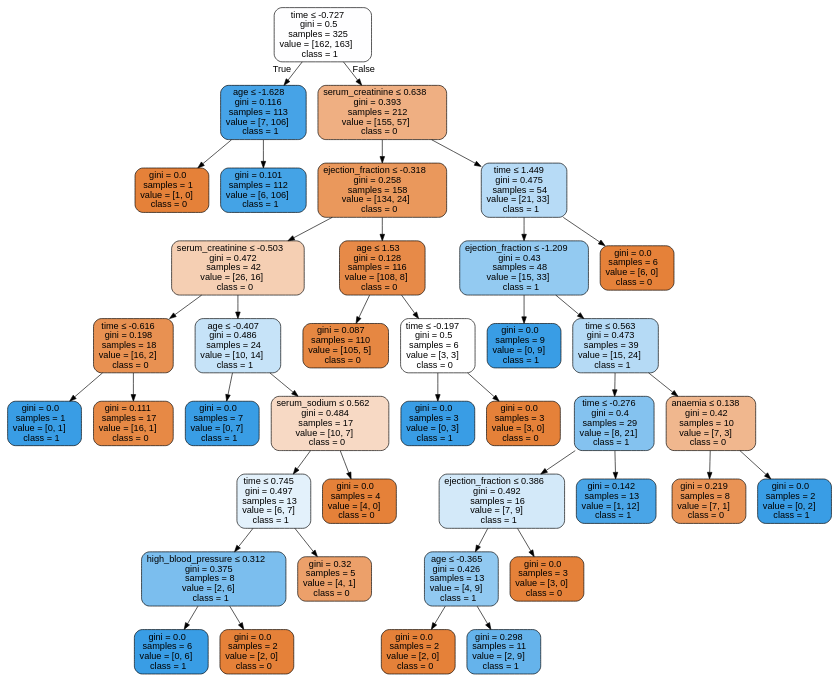
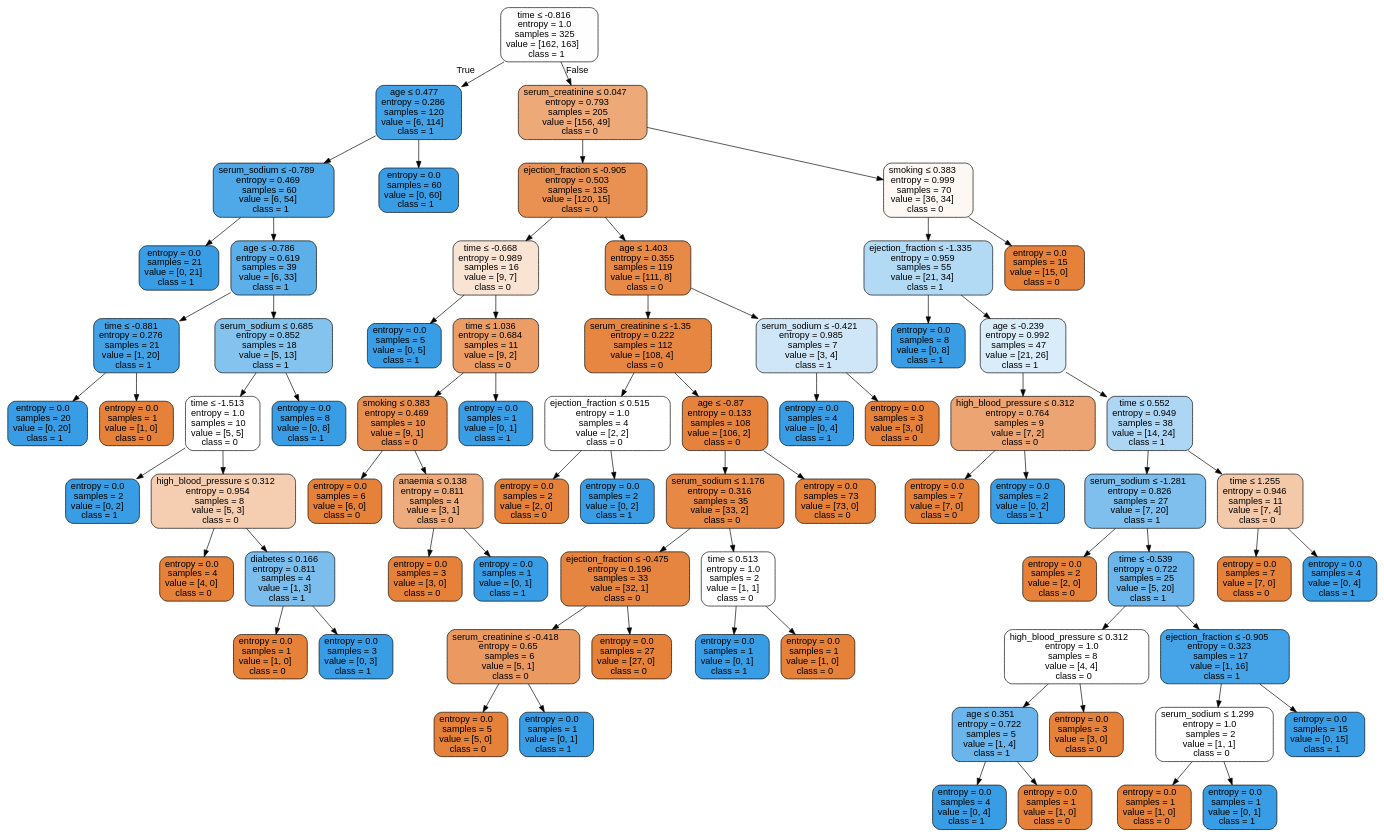
The diagram in Labs/Results/DecisionTrees/FeatureEng/SMOTE/HFCR - SMOTE - dtree.dot (isabelSoares/CD-2021), drawn with Graphviz before and after one commit. The commit also changed 43 other files, not shown here.

```diff
--- a/Labs/Results/DecisionTrees/FeatureEng/SMOTE/HFCR - SMOTE - dtree.dot
+++ b/Labs/Results/DecisionTrees/FeatureEng/SMOTE/HFCR - SMOTE - dtree.dot
@@ -1,81 +1,149 @@
 digraph Tree {
 node [shape=box, style="filled, rounded", color="black", fontname=helvetica] ;
 edge [fontname=helvetica] ;
-0 [label=<time &le; -0.727<br/>gini = 0.5<br/>samples = 325<br/>value = [162, 163]<br/>class = 1>, fillcolor="#fefeff"] ;
-1 [label=<age &le; -1.628<br/>gini = 0.116<br/>samples = 113<br/>value = [7, 106]<br/>class = 1>, fillcolor="#46a3e7"] ;
+0 [label=<time &le; -0.816<br/>entropy = 1.0<br/>samples = 325<br/>value = [162, 163]<br/>class = 1>, fillcolor="#fefeff"] ;
+1 [label=<age &le; 0.477<br/>entropy = 0.286<br/>samples = 120<br/>value = [6, 114]<br/>class = 1>, fillcolor="#43a2e6"] ;
 0 -> 1 [labeldistance=2.5, labelangle=45, headlabel="True"] ;
-2 [label=<gini = 0.0<br/>samples = 1<br/>value = [1, 0]<br/>class = 0>, fillcolor="#e58139"] ;
+2 [label=<serum_sodium &le; -0.789<br/>entropy = 0.469<br/>samples = 60<br/>value = [6, 54]<br/>class = 1>, fillcolor="#4fa8e8"] ;
 1 -> 2 ;
-3 [label=<gini = 0.101<br/>samples = 112<br/>value = [6, 106]<br/>class = 1>, fillcolor="#44a3e6"] ;
-1 -> 3 ;
-4 [label=<serum_creatinine &le; 0.638<br/>gini = 0.393<br/>samples = 212<br/>value = [155, 57]<br/>class = 0>, fillcolor="#efaf82"] ;
-0 -> 4 [labeldistance=2.5, labelangle=-45, headlabel="False"] ;
-5 [label=<ejection_fraction &le; -0.318<br/>gini = 0.258<br/>samples = 158<br/>value = [134, 24]<br/>class = 0>, fillcolor="#ea985c"] ;
+3 [label=<entropy = 0.0<br/>samples = 21<br/>value = [0, 21]<br/>class = 1>, fillcolor="#399de5"] ;
+2 -> 3 ;
+4 [label=<age &le; -0.786<br/>entropy = 0.619<br/>samples = 39<br/>value = [6, 33]<br/>class = 1>, fillcolor="#5dafea"] ;
+2 -> 4 ;
+5 [label=<time &le; -0.881<br/>entropy = 0.276<br/>samples = 21<br/>value = [1, 20]<br/>class = 1>, fillcolor="#43a2e6"] ;
 4 -> 5 ;
-6 [label=<serum_creatinine &le; -0.503<br/>gini = 0.472<br/>samples = 42<br/>value = [26, 16]<br/>class = 0>, fillcolor="#f5cfb3"] ;
+6 [label=<entropy = 0.0<br/>samples = 20<br/>value = [0, 20]<br/>class = 1>, fillcolor="#399de5"] ;
 5 -> 6 ;
-7 [label=<time &le; -0.616<br/>gini = 0.198<br/>samples = 18<br/>value = [16, 2]<br/>class = 0>, fillcolor="#e89152"] ;
-6 -> 7 ;
-8 [label=<gini = 0.0<br/>samples = 1<br/>value = [0, 1]<br/>class = 1>, fillcolor="#399de5"] ;
-7 -> 8 ;
-9 [label=<gini = 0.111<br/>samples = 17<br/>value = [16, 1]<br/>class = 0>, fillcolor="#e78945"] ;
-7 -> 9 ;
-10 [label=<age &le; -0.407<br/>gini = 0.486<br/>samples = 24<br/>value = [10, 14]<br/>class = 1>, fillcolor="#c6e3f8"] ;
-6 -> 10 ;
-11 [label=<gini = 0.0<br/>samples = 7<br/>value = [0, 7]<br/>class = 1>, fillcolor="#399de5"] ;
-10 -> 11 ;
-12 [label=<serum_sodium &le; 0.562<br/>gini = 0.484<br/>samples = 17<br/>value = [10, 7]<br/>class = 0>, fillcolor="#f7d9c4"] ;
-10 -> 12 ;
-13 [label=<time &le; 0.745<br/>gini = 0.497<br/>samples = 13<br/>value = [6, 7]<br/>class = 1>, fillcolor="#e3f1fb"] ;
-12 -> 13 ;
-14 [label=<high_blood_pressure &le; 0.312<br/>gini = 0.375<br/>samples = 8<br/>value = [2, 6]<br/>class = 1>, fillcolor="#7bbeee"] ;
+7 [label=<entropy = 0.0<br/>samples = 1<br/>value = [1, 0]<br/>class = 0>, fillcolor="#e58139"] ;
+5 -> 7 ;
+8 [label=<serum_sodium &le; 0.685<br/>entropy = 0.852<br/>samples = 18<br/>value = [5, 13]<br/>class = 1>, fillcolor="#85c3ef"] ;
+4 -> 8 ;
+9 [label=<time &le; -1.513<br/>entropy = 1.0<br/>samples = 10<br/>value = [5, 5]<br/>class = 0>, fillcolor="#ffffff"] ;
+8 -> 9 ;
+10 [label=<entropy = 0.0<br/>samples = 2<br/>value = [0, 2]<br/>class = 1>, fillcolor="#399de5"] ;
+9 -> 10 ;
+11 [label=<high_blood_pressure &le; 0.312<br/>entropy = 0.954<br/>samples = 8<br/>value = [5, 3]<br/>class = 0>, fillcolor="#f5cdb0"] ;
+9 -> 11 ;
+12 [label=<entropy = 0.0<br/>samples = 4<br/>value = [4, 0]<br/>class = 0>, fillcolor="#e58139"] ;
+11 -> 12 ;
+13 [label=<diabetes &le; 0.166<br/>entropy = 0.811<br/>samples = 4<br/>value = [1, 3]<br/>class = 1>, fillcolor="#7bbeee"] ;
+11 -> 13 ;
+14 [label=<entropy = 0.0<br/>samples = 1<br/>value = [1, 0]<br/>class = 0>, fillcolor="#e58139"] ;
 13 -> 14 ;
-15 [label=<gini = 0.0<br/>samples = 6<br/>value = [0, 6]<br/>class = 1>, fillcolor="#399de5"] ;
-14 -> 15 ;
-16 [label=<gini = 0.0<br/>samples = 2<br/>value = [2, 0]<br/>class = 0>, fillcolor="#e58139"] ;
-14 -> 16 ;
-17 [label=<gini = 0.32<br/>samples = 5<br/>value = [4, 1]<br/>class = 0>, fillcolor="#eca06a"] ;
-13 -> 17 ;
-18 [label=<gini = 0.0<br/>samples = 4<br/>value = [4, 0]<br/>class = 0>, fillcolor="#e58139"] ;
-12 -> 18 ;
-19 [label=<age &le; 1.53<br/>gini = 0.128<br/>samples = 116<br/>value = [108, 8]<br/>class = 0>, fillcolor="#e78a48"] ;
-5 -> 19 ;
-20 [label=<gini = 0.087<br/>samples = 110<br/>value = [105, 5]<br/>class = 0>, fillcolor="#e68742"] ;
+15 [label=<entropy = 0.0<br/>samples = 3<br/>value = [0, 3]<br/>class = 1>, fillcolor="#399de5"] ;
+13 -> 15 ;
+16 [label=<entropy = 0.0<br/>samples = 8<br/>value = [0, 8]<br/>class = 1>, fillcolor="#399de5"] ;
+8 -> 16 ;
+17 [label=<entropy = 0.0<br/>samples = 60<br/>value = [0, 60]<br/>class = 1>, fillcolor="#399de5"] ;
+1 -> 17 ;
+18 [label=<serum_creatinine &le; 0.047<br/>entropy = 0.793<br/>samples = 205<br/>value = [156, 49]<br/>class = 0>, fillcolor="#eda977"] ;
+0 -> 18 [labeldistance=2.5, labelangle=-45, headlabel="False"] ;
+19 [label=<ejection_fraction &le; -0.905<br/>entropy = 0.503<br/>samples = 135<br/>value = [120, 15]<br/>class = 0>, fillcolor="#e89152"] ;
+18 -> 19 ;
+20 [label=<time &le; -0.668<br/>entropy = 0.989<br/>samples = 16<br/>value = [9, 7]<br/>class = 0>, fillcolor="#f9e3d3"] ;
 19 -> 20 ;
-21 [label=<time &le; -0.197<br/>gini = 0.5<br/>samples = 6<br/>value = [3, 3]<br/>class = 0>, fillcolor="#ffffff"] ;
-19 -> 21 ;
-22 [label=<gini = 0.0<br/>samples = 3<br/>value = [0, 3]<br/>class = 1>, fillcolor="#399de5"] ;
-21 -> 22 ;
-23 [label=<gini = 0.0<br/>samples = 3<br/>value = [3, 0]<br/>class = 0>, fillcolor="#e58139"] ;
-21 -> 23 ;
-24 [label=<time &le; 1.449<br/>gini = 0.475<br/>samples = 54<br/>value = [21, 33]<br/>class = 1>, fillcolor="#b7dbf6"] ;
-4 -> 24 ;
-25 [label=<ejection_fraction &le; -1.209<br/>gini = 0.43<br/>samples = 48<br/>value = [15, 33]<br/>class = 1>, fillcolor="#93caf1"] ;
-24 -> 25 ;
-26 [label=<gini = 0.0<br/>samples = 9<br/>value = [0, 9]<br/>class = 1>, fillcolor="#399de5"] ;
+21 [label=<entropy = 0.0<br/>samples = 5<br/>value = [0, 5]<br/>class = 1>, fillcolor="#399de5"] ;
+20 -> 21 ;
+22 [label=<time &le; 1.036<br/>entropy = 0.684<br/>samples = 11<br/>value = [9, 2]<br/>class = 0>, fillcolor="#eb9d65"] ;
+20 -> 22 ;
+23 [label=<smoking &le; 0.383<br/>entropy = 0.469<br/>samples = 10<br/>value = [9, 1]<br/>class = 0>, fillcolor="#e88f4f"] ;
+22 -> 23 ;
+24 [label=<entropy = 0.0<br/>samples = 6<br/>value = [6, 0]<br/>class = 0>, fillcolor="#e58139"] ;
+23 -> 24 ;
+25 [label=<anaemia &le; 0.138<br/>entropy = 0.811<br/>samples = 4<br/>value = [3, 1]<br/>class = 0>, fillcolor="#eeab7b"] ;
+23 -> 25 ;
+26 [label=<entropy = 0.0<br/>samples = 3<br/>value = [3, 0]<br/>class = 0>, fillcolor="#e58139"] ;
 25 -> 26 ;
-27 [label=<time &le; 0.563<br/>gini = 0.473<br/>samples = 39<br/>value = [15, 24]<br/>class = 1>, fillcolor="#b5daf5"] ;
+27 [label=<entropy = 0.0<br/>samples = 1<br/>value = [0, 1]<br/>class = 1>, fillcolor="#399de5"] ;
 25 -> 27 ;
-28 [label=<time &le; -0.276<br/>gini = 0.4<br/>samples = 29<br/>value = [8, 21]<br/>class = 1>, fillcolor="#84c2ef"] ;
-27 -> 28 ;
-29 [label=<ejection_fraction &le; 0.386<br/>gini = 0.492<br/>samples = 16<br/>value = [7, 9]<br/>class = 1>, fillcolor="#d3e9f9"] ;
-28 -> 29 ;
-30 [label=<age &le; -0.365<br/>gini = 0.426<br/>samples = 13<br/>value = [4, 9]<br/>class = 1>, fillcolor="#91c9f1"] ;
+28 [label=<entropy = 0.0<br/>samples = 1<br/>value = [0, 1]<br/>class = 1>, fillcolor="#399de5"] ;
+22 -> 28 ;
+29 [label=<age &le; 1.403<br/>entropy = 0.355<br/>samples = 119<br/>value = [111, 8]<br/>class = 0>, fillcolor="#e78a47"] ;
+19 -> 29 ;
+30 [label=<serum_creatinine &le; -1.35<br/>entropy = 0.222<br/>samples = 112<br/>value = [108, 4]<br/>class = 0>, fillcolor="#e68640"] ;
 29 -> 30 ;
-31 [label=<gini = 0.0<br/>samples = 2<br/>value = [2, 0]<br/>class = 0>, fillcolor="#e58139"] ;
+31 [label=<ejection_fraction &le; 0.515<br/>entropy = 1.0<br/>samples = 4<br/>value = [2, 2]<br/>class = 0>, fillcolor="#ffffff"] ;
 30 -> 31 ;
-32 [label=<gini = 0.298<br/>samples = 11<br/>value = [2, 9]<br/>class = 1>, fillcolor="#65b3eb"] ;
-30 -> 32 ;
-33 [label=<gini = 0.0<br/>samples = 3<br/>value = [3, 0]<br/>class = 0>, fillcolor="#e58139"] ;
-29 -> 33 ;
-34 [label=<gini = 0.142<br/>samples = 13<br/>value = [1, 12]<br/>class = 1>, fillcolor="#49a5e7"] ;
-28 -> 34 ;
-35 [label=<anaemia &le; 0.138<br/>gini = 0.42<br/>samples = 10<br/>value = [7, 3]<br/>class = 0>, fillcolor="#f0b78e"] ;
-27 -> 35 ;
-36 [label=<gini = 0.219<br/>samples = 8<br/>value = [7, 1]<br/>class = 0>, fillcolor="#e99355"] ;
+32 [label=<entropy = 0.0<br/>samples = 2<br/>value = [2, 0]<br/>class = 0>, fillcolor="#e58139"] ;
+31 -> 32 ;
+33 [label=<entropy = 0.0<br/>samples = 2<br/>value = [0, 2]<br/>class = 1>, fillcolor="#399de5"] ;
+31 -> 33 ;
+34 [label=<age &le; -0.87<br/>entropy = 0.133<br/>samples = 108<br/>value = [106, 2]<br/>class = 0>, fillcolor="#e5833d"] ;
+30 -> 34 ;
+35 [label=<serum_sodium &le; 1.176<br/>entropy = 0.316<br/>samples = 35<br/>value = [33, 2]<br/>class = 0>, fillcolor="#e78945"] ;
+34 -> 35 ;
+36 [label=<ejection_fraction &le; -0.475<br/>entropy = 0.196<br/>samples = 33<br/>value = [32, 1]<br/>class = 0>, fillcolor="#e6853f"] ;
 35 -> 36 ;
-37 [label=<gini = 0.0<br/>samples = 2<br/>value = [0, 2]<br/>class = 1>, fillcolor="#399de5"] ;
-35 -> 37 ;
-38 [label=<gini = 0.0<br/>samples = 6<br/>value = [6, 0]<br/>class = 0>, fillcolor="#e58139"] ;
-24 -> 38 ;
+37 [label=<serum_creatinine &le; -0.418<br/>entropy = 0.65<br/>samples = 6<br/>value = [5, 1]<br/>class = 0>, fillcolor="#ea9a61"] ;
+36 -> 37 ;
+38 [label=<entropy = 0.0<br/>samples = 5<br/>value = [5, 0]<br/>class = 0>, fillcolor="#e58139"] ;
+37 -> 38 ;
+39 [label=<entropy = 0.0<br/>samples = 1<br/>value = [0, 1]<br/>class = 1>, fillcolor="#399de5"] ;
+37 -> 39 ;
+40 [label=<entropy = 0.0<br/>samples = 27<br/>value = [27, 0]<br/>class = 0>, fillcolor="#e58139"] ;
+36 -> 40 ;
+41 [label=<time &le; 0.513<br/>entropy = 1.0<br/>samples = 2<br/>value = [1, 1]<br/>class = 0>, fillcolor="#ffffff"] ;
+35 -> 41 ;
+42 [label=<entropy = 0.0<br/>samples = 1<br/>value = [0, 1]<br/>class = 1>, fillcolor="#399de5"] ;
+41 -> 42 ;
+43 [label=<entropy = 0.0<br/>samples = 1<br/>value = [1, 0]<br/>class = 0>, fillcolor="#e58139"] ;
+41 -> 43 ;
+44 [label=<entropy = 0.0<br/>samples = 73<br/>value = [73, 0]<br/>class = 0>, fillcolor="#e58139"] ;
+34 -> 44 ;
+45 [label=<serum_sodium &le; -0.421<br/>entropy = 0.985<br/>samples = 7<br/>value = [3, 4]<br/>class = 1>, fillcolor="#cee6f8"] ;
+29 -> 45 ;
+46 [label=<entropy = 0.0<br/>samples = 4<br/>value = [0, 4]<br/>class = 1>, fillcolor="#399de5"] ;
+45 -> 46 ;
+47 [label=<entropy = 0.0<br/>samples = 3<br/>value = [3, 0]<br/>class = 0>, fillcolor="#e58139"] ;
+45 -> 47 ;
+48 [label=<smoking &le; 0.383<br/>entropy = 0.999<br/>samples = 70<br/>value = [36, 34]<br/>class = 0>, fillcolor="#fef8f4"] ;
+18 -> 48 ;
+49 [label=<ejection_fraction &le; -1.335<br/>entropy = 0.959<br/>samples = 55<br/>value = [21, 34]<br/>class = 1>, fillcolor="#b3daf5"] ;
+48 -> 49 ;
+50 [label=<entropy = 0.0<br/>samples = 8<br/>value = [0, 8]<br/>class = 1>, fillcolor="#399de5"] ;
+49 -> 50 ;
+51 [label=<age &le; -0.239<br/>entropy = 0.992<br/>samples = 47<br/>value = [21, 26]<br/>class = 1>, fillcolor="#d9ecfa"] ;
+49 -> 51 ;
+52 [label=<high_blood_pressure &le; 0.312<br/>entropy = 0.764<br/>samples = 9<br/>value = [7, 2]<br/>class = 0>, fillcolor="#eca572"] ;
+51 -> 52 ;
+53 [label=<entropy = 0.0<br/>samples = 7<br/>value = [7, 0]<br/>class = 0>, fillcolor="#e58139"] ;
+52 -> 53 ;
+54 [label=<entropy = 0.0<br/>samples = 2<br/>value = [0, 2]<br/>class = 1>, fillcolor="#399de5"] ;
+52 -> 54 ;
+55 [label=<time &le; 0.552<br/>entropy = 0.949<br/>samples = 38<br/>value = [14, 24]<br/>class = 1>, fillcolor="#acd6f4"] ;
+51 -> 55 ;
+56 [label=<serum_sodium &le; -1.281<br/>entropy = 0.826<br/>samples = 27<br/>value = [7, 20]<br/>class = 1>, fillcolor="#7ebfee"] ;
+55 -> 56 ;
+57 [label=<entropy = 0.0<br/>samples = 2<br/>value = [2, 0]<br/>class = 0>, fillcolor="#e58139"] ;
+56 -> 57 ;
+58 [label=<time &le; -0.539<br/>entropy = 0.722<br/>samples = 25<br/>value = [5, 20]<br/>class = 1>, fillcolor="#6ab6ec"] ;
+56 -> 58 ;
+59 [label=<high_blood_pressure &le; 0.312<br/>entropy = 1.0<br/>samples = 8<br/>value = [4, 4]<br/>class = 0>, fillcolor="#ffffff"] ;
+58 -> 59 ;
+60 [label=<age &le; 0.351<br/>entropy = 0.722<br/>samples = 5<br/>value = [1, 4]<br/>class = 1>, fillcolor="#6ab6ec"] ;
+59 -> 60 ;
+61 [label=<entropy = 0.0<br/>samples = 4<br/>value = [0, 4]<br/>class = 1>, fillcolor="#399de5"] ;
+60 -> 61 ;
+62 [label=<entropy = 0.0<br/>samples = 1<br/>value = [1, 0]<br/>class = 0>, fillcolor="#e58139"] ;
+60 -> 62 ;
+63 [label=<entropy = 0.0<br/>samples = 3<br/>value = [3, 0]<br/>class = 0>, fillcolor="#e58139"] ;
+59 -> 63 ;
+64 [label=<ejection_fraction &le; -0.905<br/>entropy = 0.323<br/>samples = 17<br/>value = [1, 16]<br/>class = 1>, fillcolor="#45a3e7"] ;
+58 -> 64 ;
+65 [label=<serum_sodium &le; 1.299<br/>entropy = 1.0<br/>samples = 2<br/>value = [1, 1]<br/>class = 0>, fillcolor="#ffffff"] ;
+64 -> 65 ;
+66 [label=<entropy = 0.0<br/>samples = 1<br/>value = [1, 0]<br/>class = 0>, fillcolor="#e58139"] ;
+65 -> 66 ;
+67 [label=<entropy = 0.0<br/>samples = 1<br/>value = [0, 1]<br/>class = 1>, fillcolor="#399de5"] ;
+65 -> 67 ;
+68 [label=<entropy = 0.0<br/>samples = 15<br/>value = [0, 15]<br/>class = 1>, fillcolor="#399de5"] ;
+64 -> 68 ;
+69 [label=<time &le; 1.255<br/>entropy = 0.946<br/>samples = 11<br/>value = [7, 4]<br/>class = 0>, fillcolor="#f4c9aa"] ;
+55 -> 69 ;
+70 [label=<entropy = 0.0<br/>samples = 7<br/>value = [7, 0]<br/>class = 0>, fillcolor="#e58139"] ;
+69 -> 70 ;
+71 [label=<entropy = 0.0<br/>samples = 4<br/>value = [0, 4]<br/>class = 1>, fillcolor="#399de5"] ;
+69 -> 71 ;
+72 [label=<entropy = 0.0<br/>samples = 15<br/>value = [15, 0]<br/>class = 0>, fillcolor="#e58139"] ;
+48 -> 72 ;
 }
```
